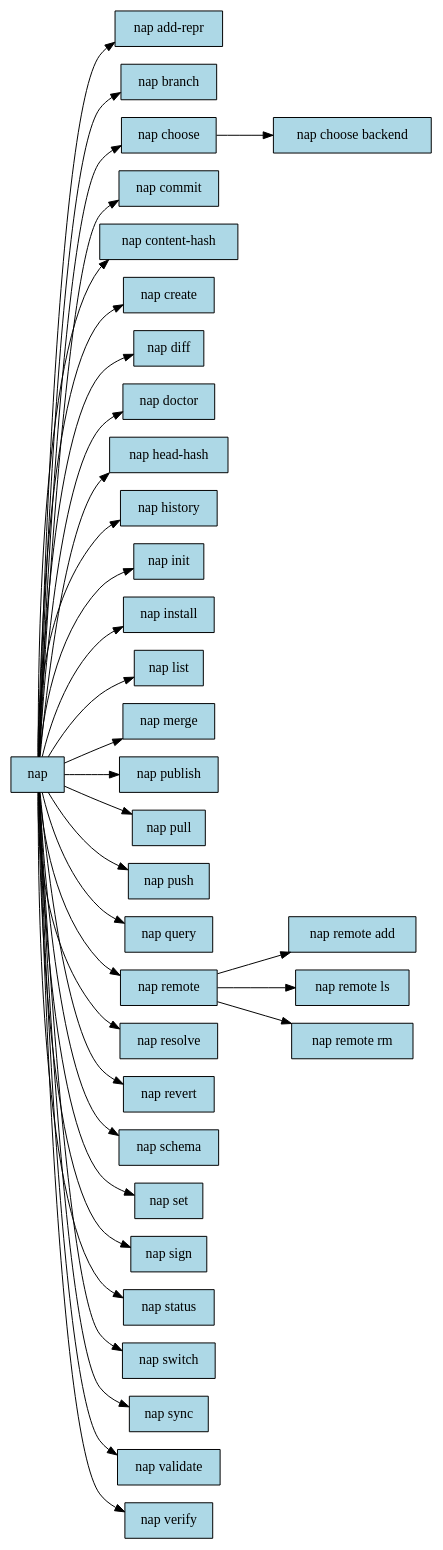
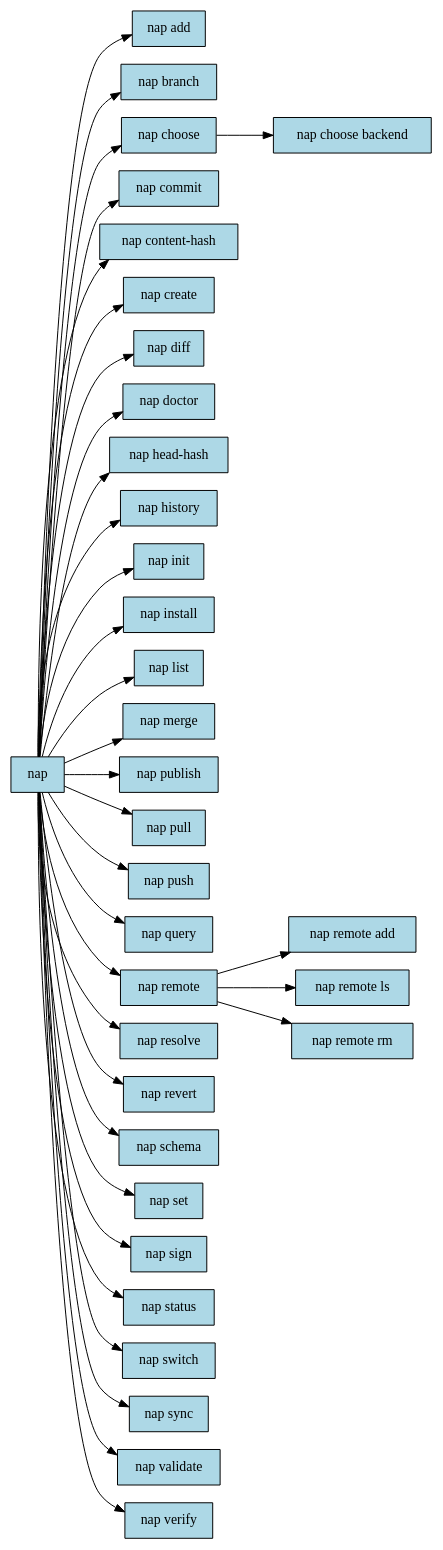
Before and after one commit to portalshq/narrativeengine: the diagram in docs/generated/commands.dot, drawn with Graphviz. The commit also changed 22 other files, not shown here.

```diff
--- a/docs/generated/commands.dot
+++ b/docs/generated/commands.dot
@@ -1,71 +1,71 @@
 digraph nap_commands {
     rankdir=LR;
     node [shape=box, style=filled, fillcolor=lightblue];
     
-    "add-repr" [label="nap add-repr"];
-    "nap" -> "add-repr";
+    "add" [label="nap add"];
+    "nap" -> "add";
     "branch" [label="nap branch"];
     "nap" -> "branch";
     "choose" [label="nap choose"];
     "nap" -> "choose";
     "choose_backend" [label="nap choose backend"];
     "choose" -> "choose_backend";
     "commit" [label="nap commit"];
     "nap" -> "commit";
     "content-hash" [label="nap content-hash"];
     "nap" -> "content-hash";
     "create" [label="nap create"];
     "nap" -> "create";
     "diff" [label="nap diff"];
     "nap" -> "diff";
     "doctor" [label="nap doctor"];
     "nap" -> "doctor";
     "head-hash" [label="nap head-hash"];
     "nap" -> "head-hash";
     "history" [label="nap history"];
     "nap" -> "history";
     "init" [label="nap init"];
     "nap" -> "init";
     "install" [label="nap install"];
     "nap" -> "install";
     "list" [label="nap list"];
     "nap" -> "list";
     "merge" [label="nap merge"];
     "nap" -> "merge";
     "publish" [label="nap publish"];
     "nap" -> "publish";
     "pull" [label="nap pull"];
     "nap" -> "pull";
     "push" [label="nap push"];
     "nap" -> "push";
     "query" [label="nap query"];
     "nap" -> "query";
     "remote" [label="nap remote"];
     "nap" -> "remote";
     "remote_add" [label="nap remote add"];
     "remote" -> "remote_add";
     "remote_ls" [label="nap remote ls"];
     "remote" -> "remote_ls";
     "remote_rm" [label="nap remote rm"];
     "remote" -> "remote_rm";
     "resolve" [label="nap resolve"];
     "nap" -> "resolve";
     "revert" [label="nap revert"];
     "nap" -> "revert";
     "schema" [label="nap schema"];
     "nap" -> "schema";
     "set" [label="nap set"];
     "nap" -> "set";
     "sign" [label="nap sign"];
     "nap" -> "sign";
     "status" [label="nap status"];
     "nap" -> "status";
     "switch" [label="nap switch"];
     "nap" -> "switch";
     "sync" [label="nap sync"];
     "nap" -> "sync";
     "validate" [label="nap validate"];
     "nap" -> "validate";
     "verify" [label="nap verify"];
     "nap" -> "verify";
 }
```
